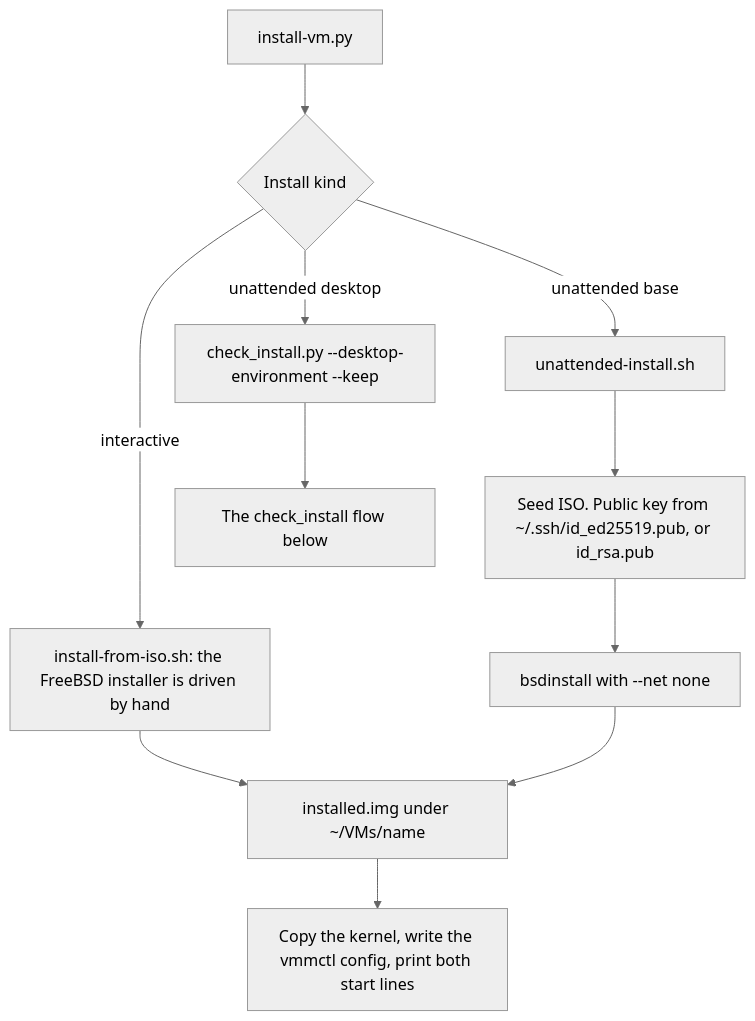
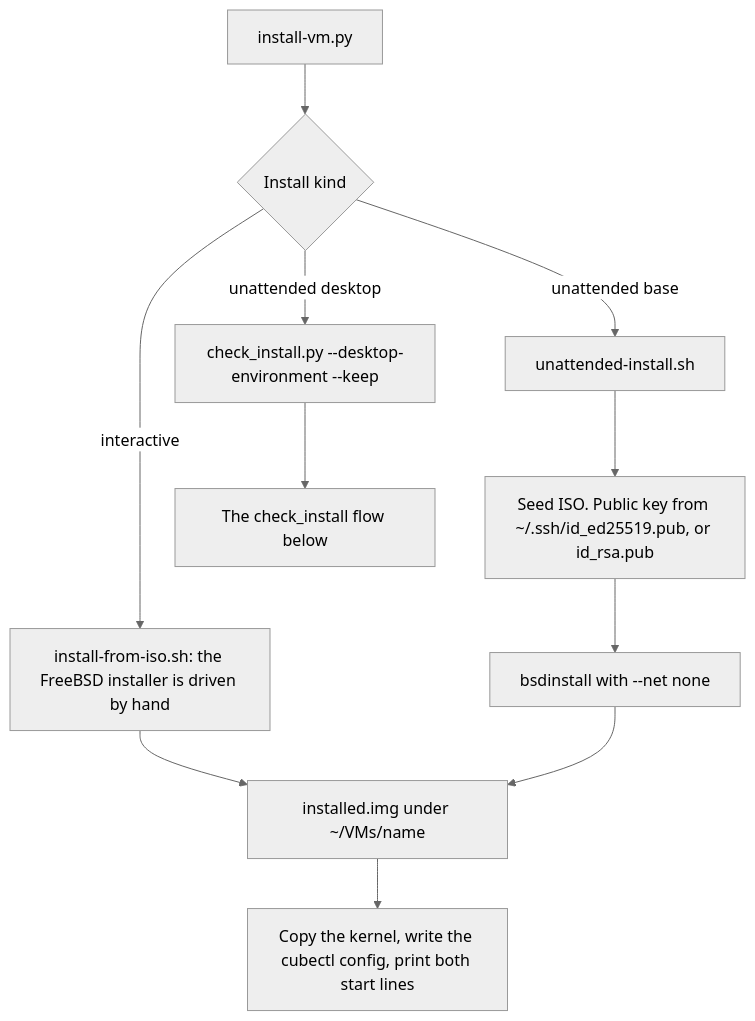
Before and after one commit to darcyliu/cube: the first of 2 diagrams in docs/install-regression.md, drawn with Mermaid (neutral theme). The commit also changed other lines of this file and 57 other files, not shown here.

````diff
--- a/docs/install-regression.md
+++ b/docs/install-regression.md
@@ -13,13 +13,13 @@
 ```mermaid
 flowchart TD
   iv["install-vm.py"] --> kind{"Install kind"}
   kind -->|interactive| hand["install-from-iso.sh: the FreeBSD installer is driven by hand"]
   kind -->|"unattended base"| sh["unattended-install.sh"]
   kind -->|"unattended desktop"| py["check_install.py --desktop-environment --keep"]
   sh --> seed["Seed ISO. Public key from ~/.ssh/id_ed25519.pub, or id_rsa.pub"]
   seed --> shellBoot["bsdinstall with --net none"]
   hand --> saved["installed.img under ~/VMs/name"]
   shellBoot --> saved
-  saved --> lines["Copy the kernel, write the vmmctl config, print both start lines"]
+  saved --> lines["Copy the kernel, write the cubectl config, print both start lines"]
   py --> below["The check_install flow below"]
 ```
````
